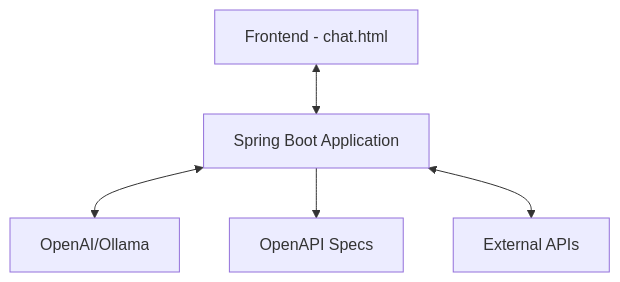
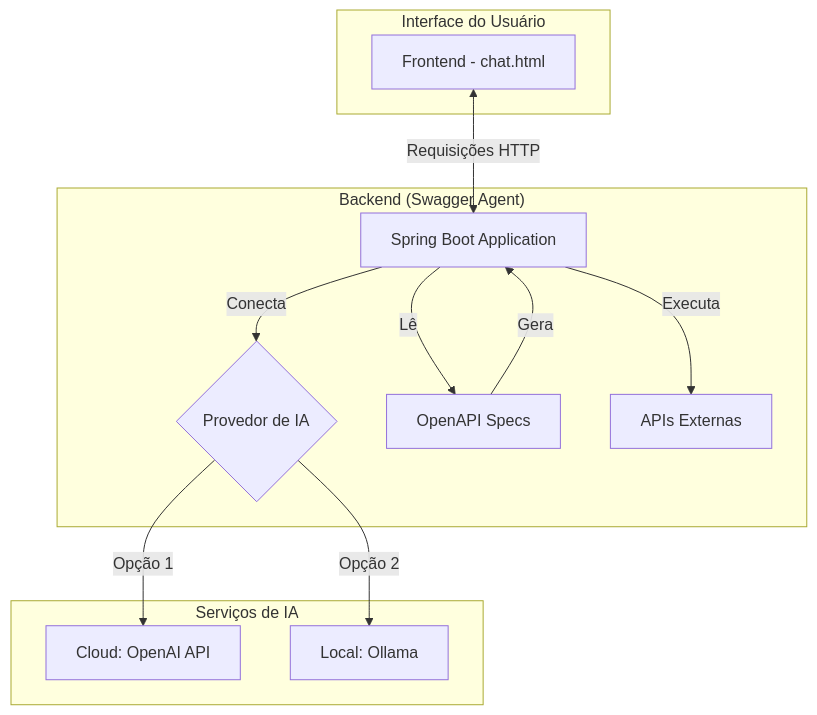
The diagram in README.md (cesarschutz/swagger-agent), drawn with Mermaid before and after one commit. The commit also changed other lines of this file and 1 other file, not shown here.

Commit message:
ajustes readme e index.html

````diff
--- a/README.md
+++ b/README.md
@@ -103,7 +190,21 @@
 ```mermaid
 graph TD
-    A[Frontend - chat.html] <--> B[Spring Boot Application]
-    B <--> C[OpenAI/Ollama]
-    B --> D[OpenAPI Specs]
-    B <--> E[External APIs]
+    subgraph "Interface do Usuário"
+        A[Frontend - chat.html]
+    end
+
+    subgraph "Backend (Swagger Agent)"
+        B[Spring Boot Application]
+        B -- Conecta --> C{Provedor de IA};
+        B -- Lê --> D[OpenAPI Specs];
+        B -- Executa --> E[APIs Externas];
+    end
+    
+    subgraph "Serviços de IA"
+        C -- Opção 1 --> F[Cloud: OpenAI API]
+        C -- Opção 2 --> G[Local: Ollama]
+    end
+
+    A <-->|Requisições HTTP| B;
+    D -- Gera --> B;
 ```
````
